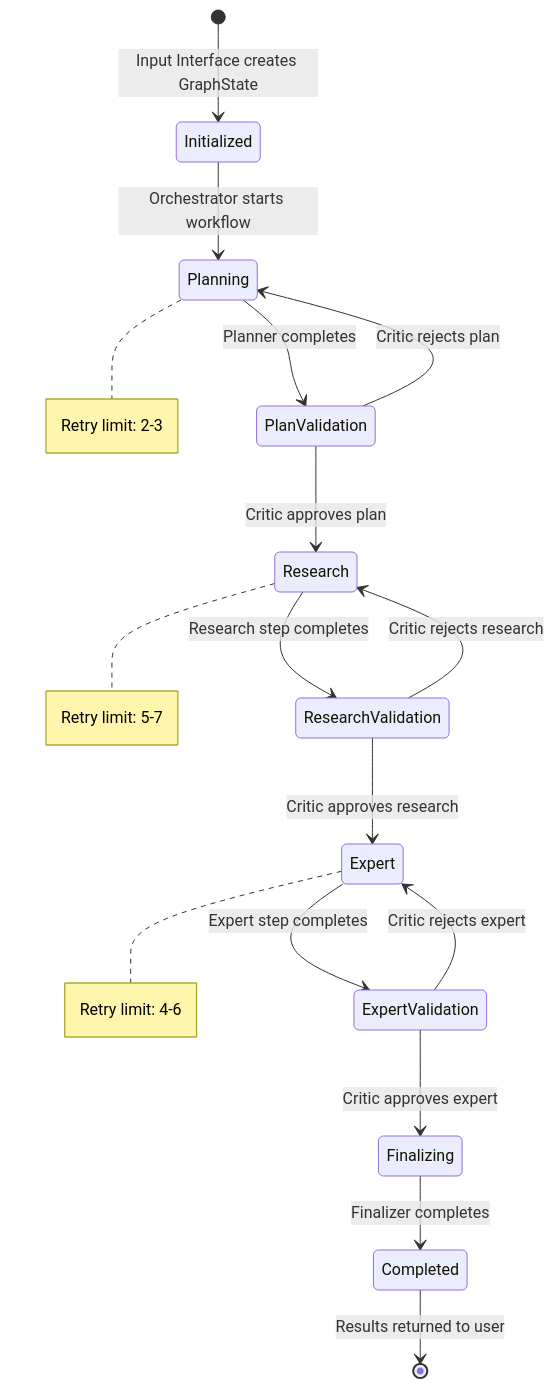
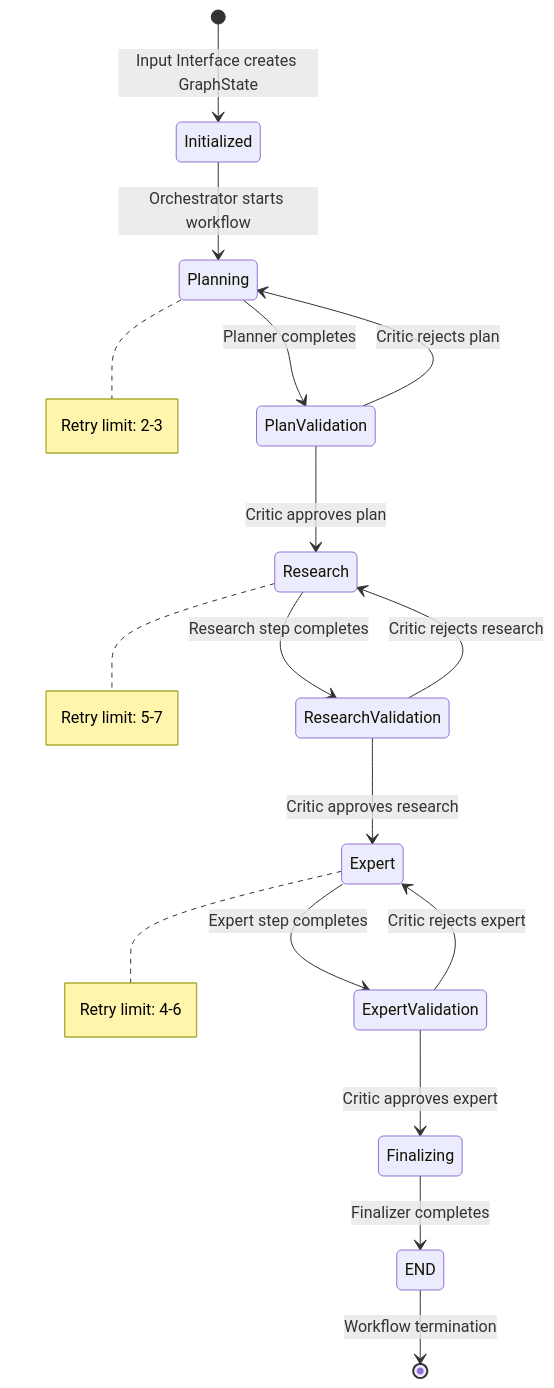
One commit to jdsham/hf-ai-agents-course changed the fourth of 14 diagrams in docs/src2/ARCHITECTURE.md. Above: the diagram before and after it, drawn with Mermaid. The commit also changed other lines of this file, not shown here.

Commit message:
Updated source code architecture document. Clarified more aspects about the architecture.

````diff
--- a/docs/src2/ARCHITECTURE.md
+++ b/docs/src2/ARCHITECTURE.md
@@ -751,26 +823,26 @@
 ```mermaid
 stateDiagram
     [*] --> Initialized: Input Interface creates GraphState
     Initialized --> Planning: Orchestrator starts workflow
     Planning --> PlanValidation: Planner completes
     PlanValidation --> Planning: Critic rejects plan
     PlanValidation --> Research: Critic approves plan
     Research --> ResearchValidation: Research step completes
     ResearchValidation --> Research: Critic rejects research
     ResearchValidation --> Expert: Critic approves research
     Expert --> ExpertValidation: Expert step completes
     ExpertValidation --> Expert: Critic rejects expert
     ExpertValidation --> Finalizing: Critic approves expert
-    Finalizing --> Completed: Finalizer completes
-    Completed --> [*]: Results returned to user
+    Finalizing --> END: Finalizer completes
+    END --> [*]: Workflow termination
     
     note right of Planning
         Retry limit: 2-3
     end note
     note right of Research
         Retry limit: 5-7
     end note
     note right of Expert
         Retry limit: 4-6
     end note
 ```
````
